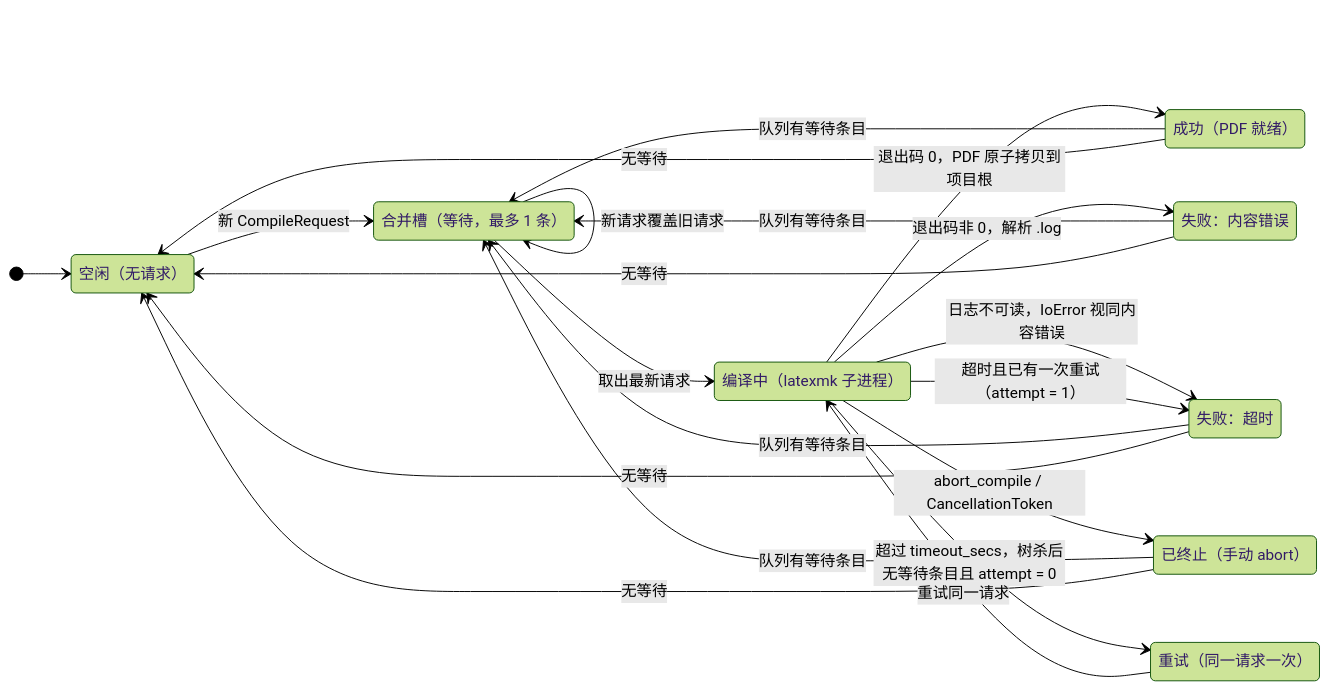
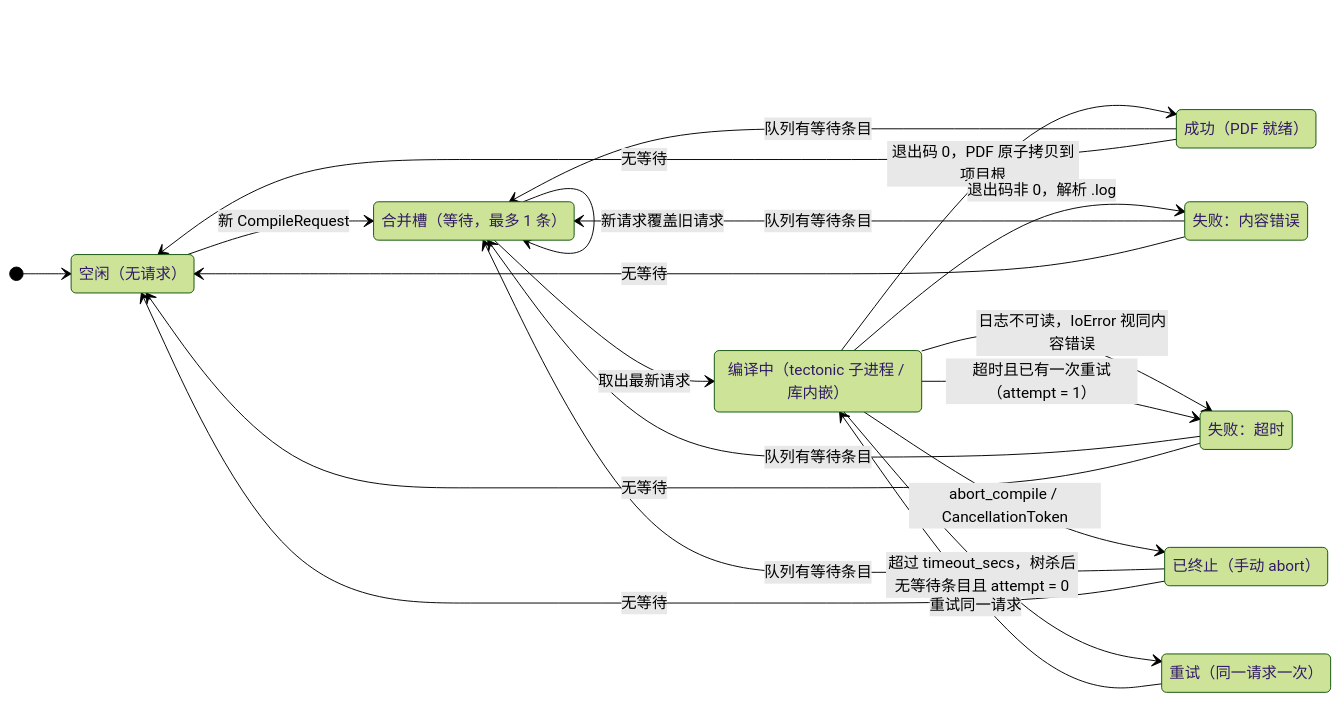
Before and after one commit to VinciBeans/Latteset: the third of 4 diagrams in docs/design.md, drawn with Mermaid (forest theme). The commit also changed other lines of this file and 58 other files, not shown here.

````diff
--- a/docs/design.md
+++ b/docs/design.md
@@ -653,31 +679,31 @@
 ```mermaid
 stateDiagram-v2
   direction LR
   state "空闲（无请求）" as IDLE
   state "合并槽（等待，最多 1 条）" as QUEUED
-  state "编译中（latexmk 子进程）" as RUNNING
+  state "编译中（tectonic 子进程 / 库内嵌）" as RUNNING
   state "重试（同一请求一次）" as RETRY
   state "成功（PDF 就绪）" as OK
   state "失败：内容错误" as FAILC
   state "失败：超时" as FAILT
   state "已终止（手动 abort）" as ABORT
   [*] --> IDLE
   IDLE --> QUEUED: 新 CompileRequest
   QUEUED --> QUEUED: 新请求覆盖旧请求
   QUEUED --> RUNNING: 取出最新请求
   RUNNING --> OK: 退出码 0，PDF 原子拷贝到项目根
   RUNNING --> FAILC: 退出码非 0，解析 .log
   RUNNING --> FAILT: 日志不可读，IoError 视同内容错误
   RUNNING --> ABORT: abort_compile / CancellationToken
   RUNNING --> RETRY: 超过 timeout_secs，树杀后无等待条目且 attempt = 0
   RETRY --> RUNNING: 重试同一请求
   RUNNING --> FAILT: 超时且已有一次重试（attempt = 1）
   OK --> QUEUED: 队列有等待条目
   FAILC --> QUEUED: 队列有等待条目
   ABORT --> QUEUED: 队列有等待条目
   FAILT --> QUEUED: 队列有等待条目
   OK --> IDLE: 无等待
   FAILC --> IDLE: 无等待
   ABORT --> IDLE: 无等待
   FAILT --> IDLE: 无等待
 ```
````
